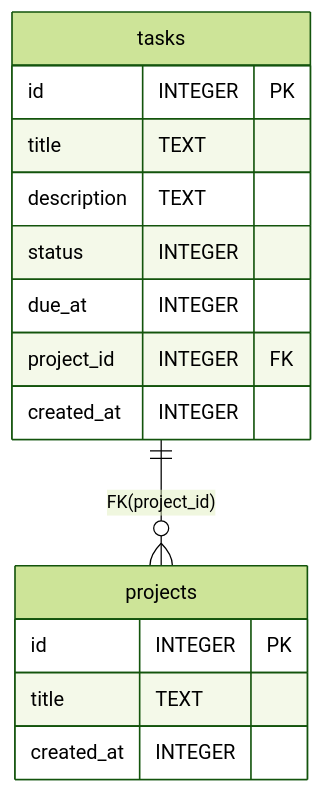
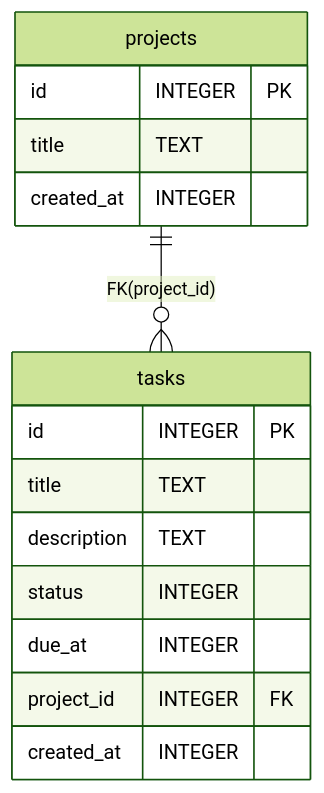
Before and after one commit to ntsk/room-schema-docs-gradle-plugin: the diagram in sample/schemas-docs/jp.ntsk.room.schema.docs.sample.database.AppDatabase/2.md, drawn with Mermaid (forest theme). The commit also changed 2 other files, not shown here.

Commit message:
[plugin] modify orientation of relation

````diff
--- a/sample/schemas-docs/jp.ntsk.room.schema.docs.sample.database.AppDatabase/2.md
+++ b/sample/schemas-docs/jp.ntsk.room.schema.docs.sample.database.AppDatabase/2.md
@@ -1,20 +1,20 @@
 ```mermaid
 erDiagram
 tasks {
   id INTEGER PK
   title TEXT
   description TEXT
   status INTEGER
   due_at INTEGER
   project_id INTEGER FK
   created_at INTEGER
 }
 
 projects {
   id INTEGER PK
   title TEXT
   created_at INTEGER
 }
 
-tasks ||--o{ projects : "FK(project_id)"
+projects ||--o{ tasks : "FK(project_id)"
 ```
````
